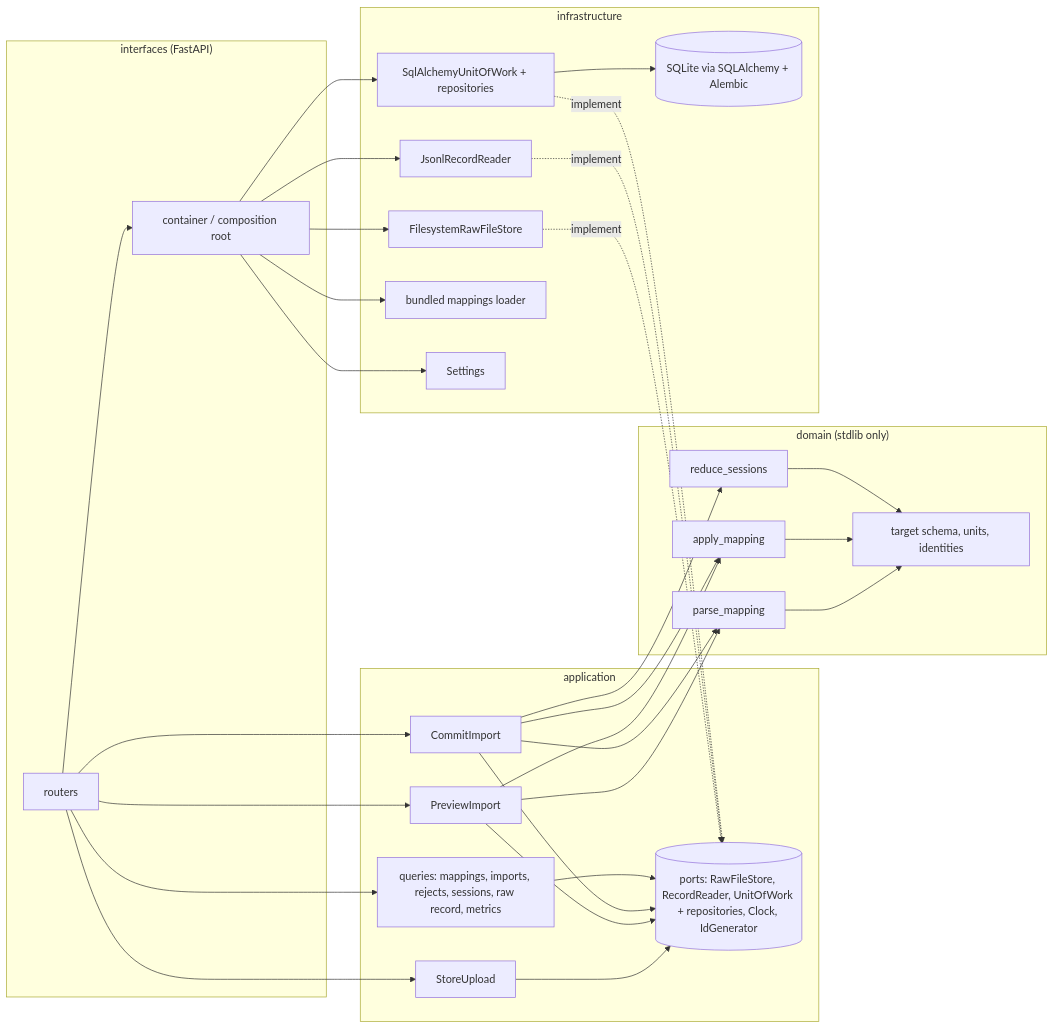
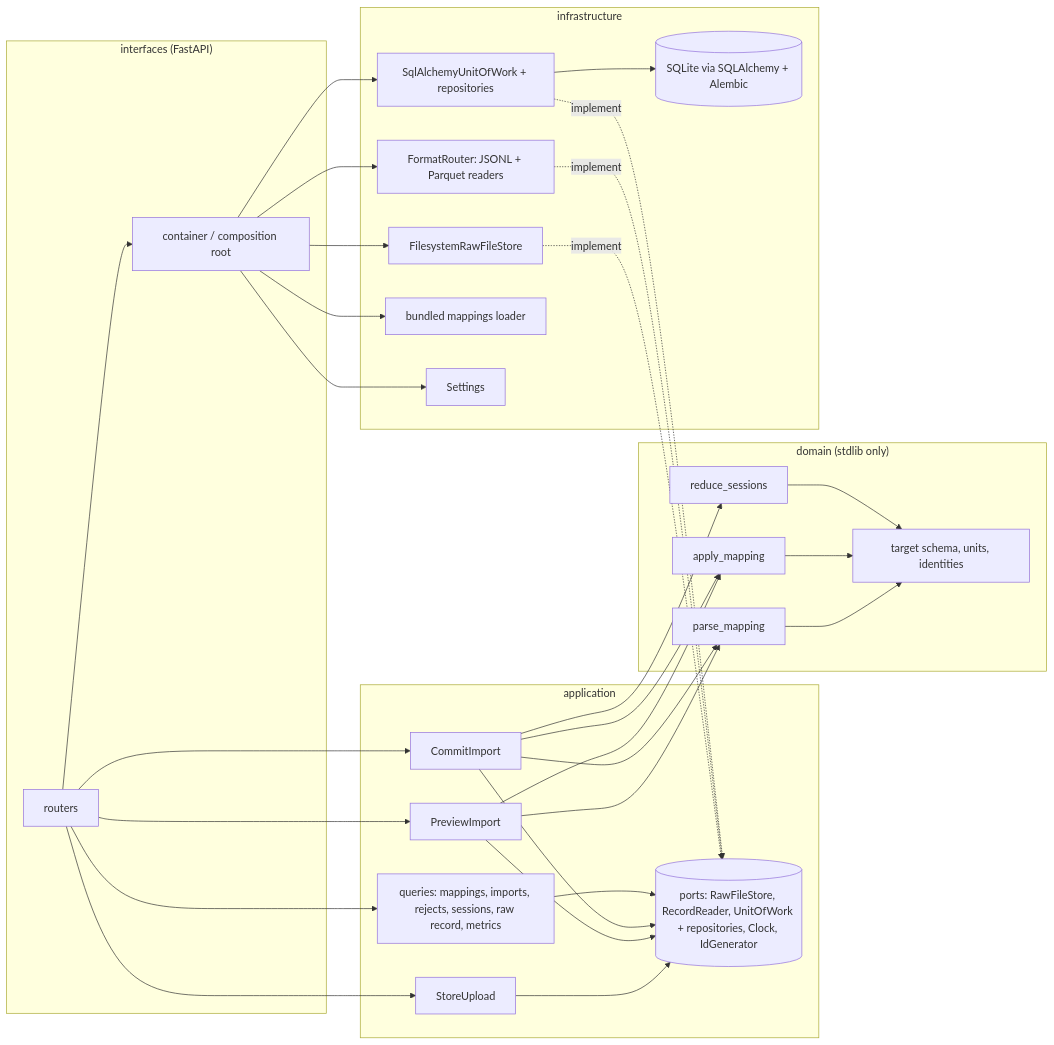
The diagram in docs/architecture/import-pipeline.md (fueledbycoffee/AgentScope), drawn with Mermaid before and after one commit. The commit also changed other lines of this file and 39 other files, not shown here.

First line of the commit message:
Parquet reader, multi-file import, per-file mapping binding (#8) (#31)

````diff
--- a/docs/architecture/import-pipeline.md
+++ b/docs/architecture/import-pipeline.md
@@ -10,35 +10,35 @@
 ```mermaid
 flowchart LR
     subgraph interfaces["interfaces (FastAPI)"]
         R[routers] --> C[container / composition root]
     end
     subgraph application["application"]
         UC_U[StoreUpload]
         UC_P[PreviewImport]
         UC_C[CommitImport]
         UC_Q[queries: mappings, imports, rejects, sessions, raw record, metrics]
         P[(ports: RawFileStore, RecordReader, UnitOfWork + repositories, Clock, IdGenerator)]
     end
     subgraph domain["domain (stdlib only)"]
         PM[parse_mapping]
         AM[apply_mapping]
         RS[reduce_sessions]
         TS[target schema, units, identities]
     end
     subgraph infrastructure["infrastructure"]
         FS[FilesystemRawFileStore]
-        JR[JsonlRecordReader]
+        JR[FormatRouter: JSONL + Parquet readers]
         DB[(SQLite via SQLAlchemy + Alembic)]
         UOW[SqlAlchemyUnitOfWork + repositories]
         BM[bundled mappings loader]
         ST[Settings]
     end
     R --> UC_U & UC_P & UC_C & UC_Q
     UC_U & UC_P & UC_C & UC_Q --> P
     UC_P & UC_C --> PM & AM
     UC_C --> RS
     PM & AM & RS --> TS
     FS & JR & UOW -. implement .-> P
     UOW --> DB
     C --> FS & JR & UOW & BM & ST
 ```
````
